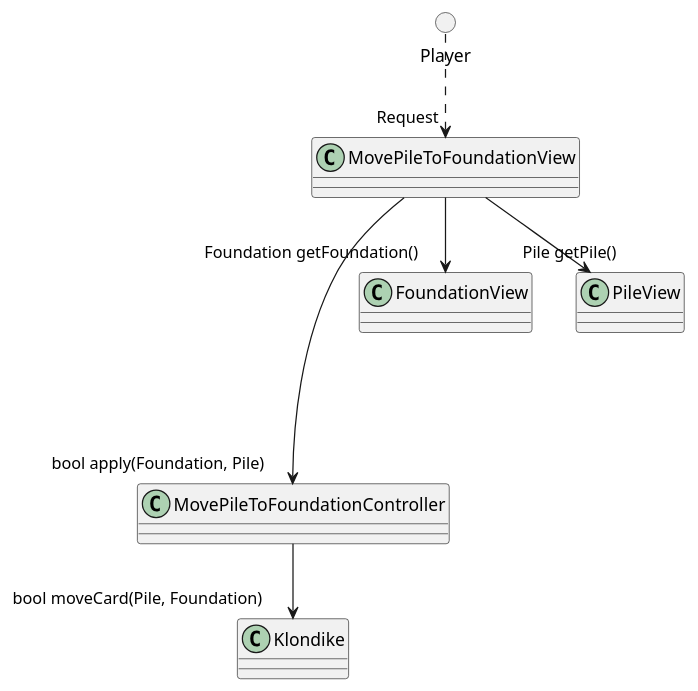
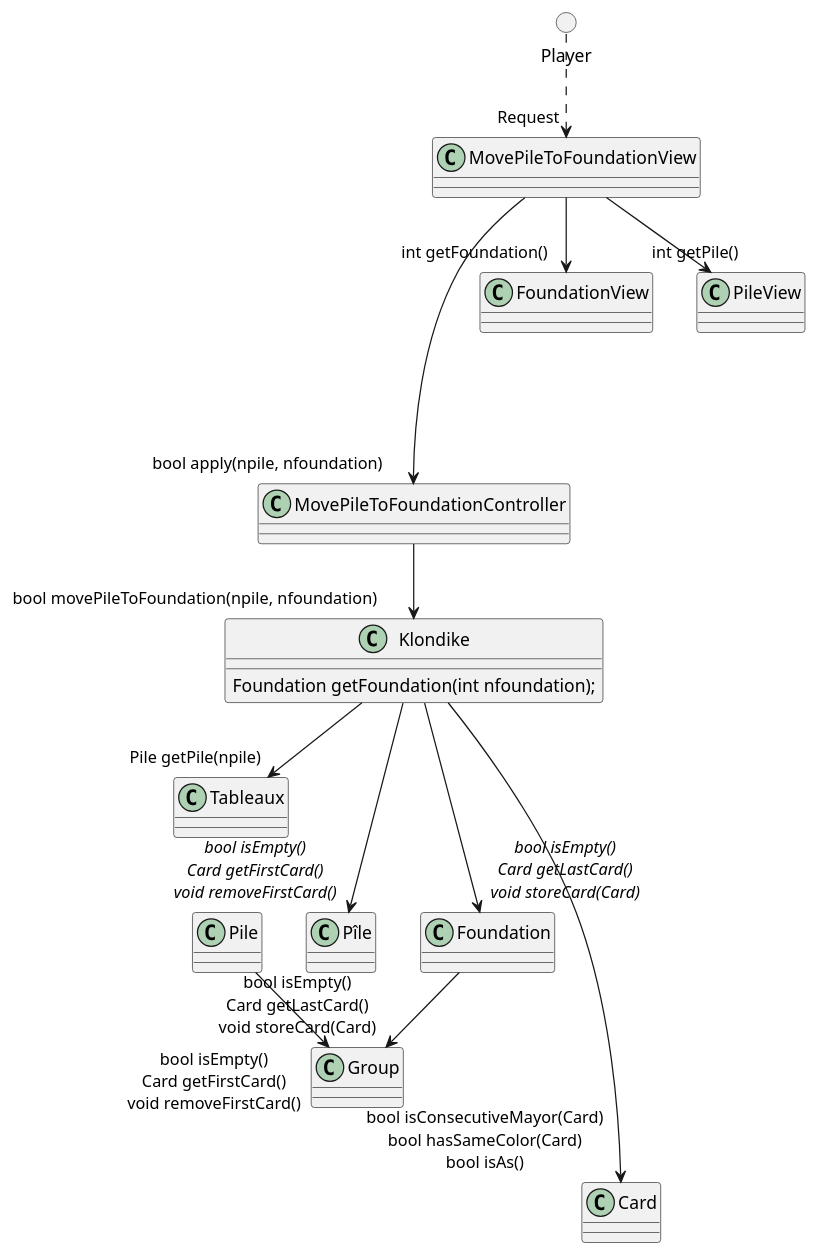
The diagram in analysis/collaboration/MovePileToFoundation.puml (ciscoruiz/klondike), drawn with PlantUML before and after one commit.

Commit message:
Detail method for analysis/collaboration/MovePileToFoundation.puml

```diff
--- a/analysis/collaboration/MovePileToFoundation.puml
+++ b/analysis/collaboration/MovePileToFoundation.puml
@@ -1,16 +1,30 @@
 @startuml
 class MovePileToFoundationView
 class MovePileToFoundationController
 class Klondike
 circle Player
 
 Player ..> "Request" MovePileToFoundationView
 
-MovePileToFoundationView --> "Foundation getFoundation()" FoundationView
-MovePileToFoundationView --> "Pile getPile()" PileView
+MovePileToFoundationView --> "int getFoundation()" FoundationView
+MovePileToFoundationView --> "int getPile()" PileView
 
-MovePileToFoundationView ----> "bool apply(Foundation, Pile)" MovePileToFoundationController
+MovePileToFoundationView ----> "bool apply(npile, nfoundation)" MovePileToFoundationController
 
-MovePileToFoundationController --> "bool moveCard(Pile, Foundation)" Klondike
+MovePileToFoundationController --> "bool movePileToFoundation(npile, nfoundation)" Klondike
+
+class Klondike {
+   Foundation getFoundation(int nfoundation);
+}
+
+Klondike --> "Pile getPile(npile)" Tableaux
+
+Klondike ---> "//bool isEmpty()//\n//Card getFirstCard()//\n//void removeFirstCard()//" Pîle
+Klondike ---> "//bool isEmpty()//\n//Card getLastCard()//\n//void storeCard(Card)//" Foundation
+
+Pile --> "bool isEmpty()\nCard getFirstCard()\nvoid removeFirstCard()" Group
+Foundation --> "bool isEmpty()\nCard getLastCard()\nvoid storeCard(Card)" Group
+
+Klondike -----> "bool isConsecutiveMayor(Card)\nbool hasSameColor(Card)\nbool isAs()" Card
 
 @enduml
```
